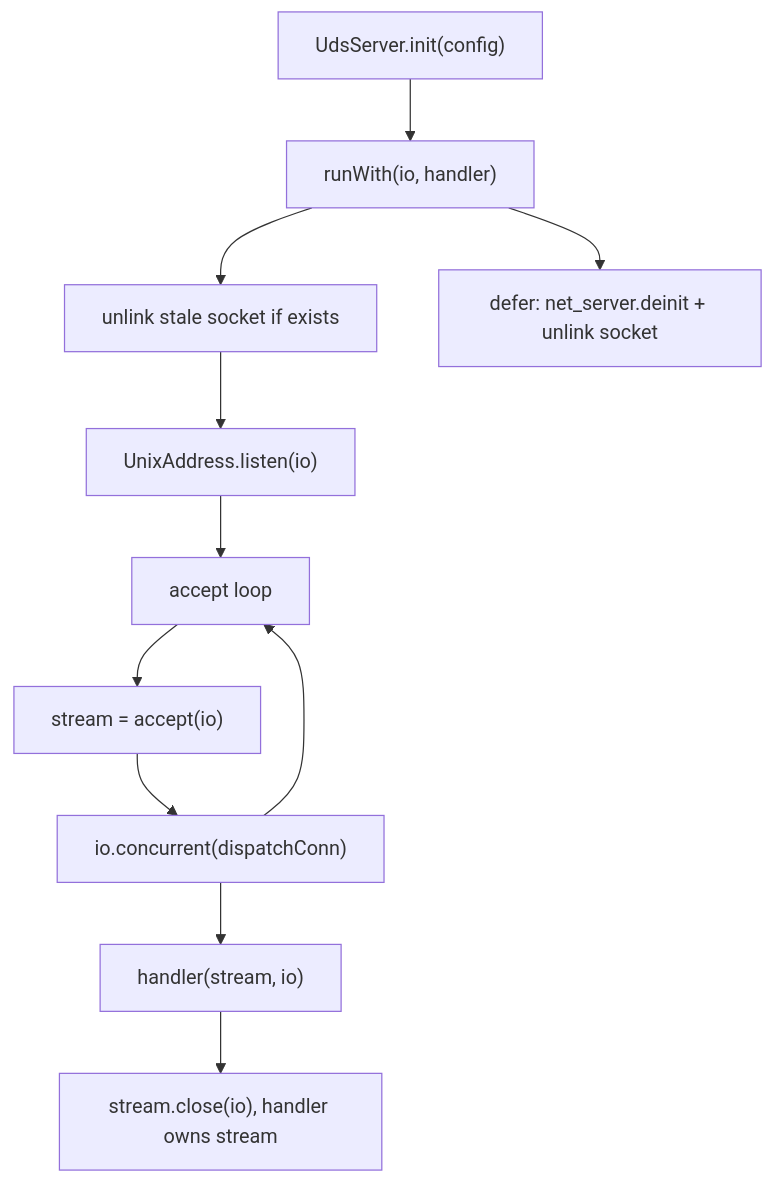
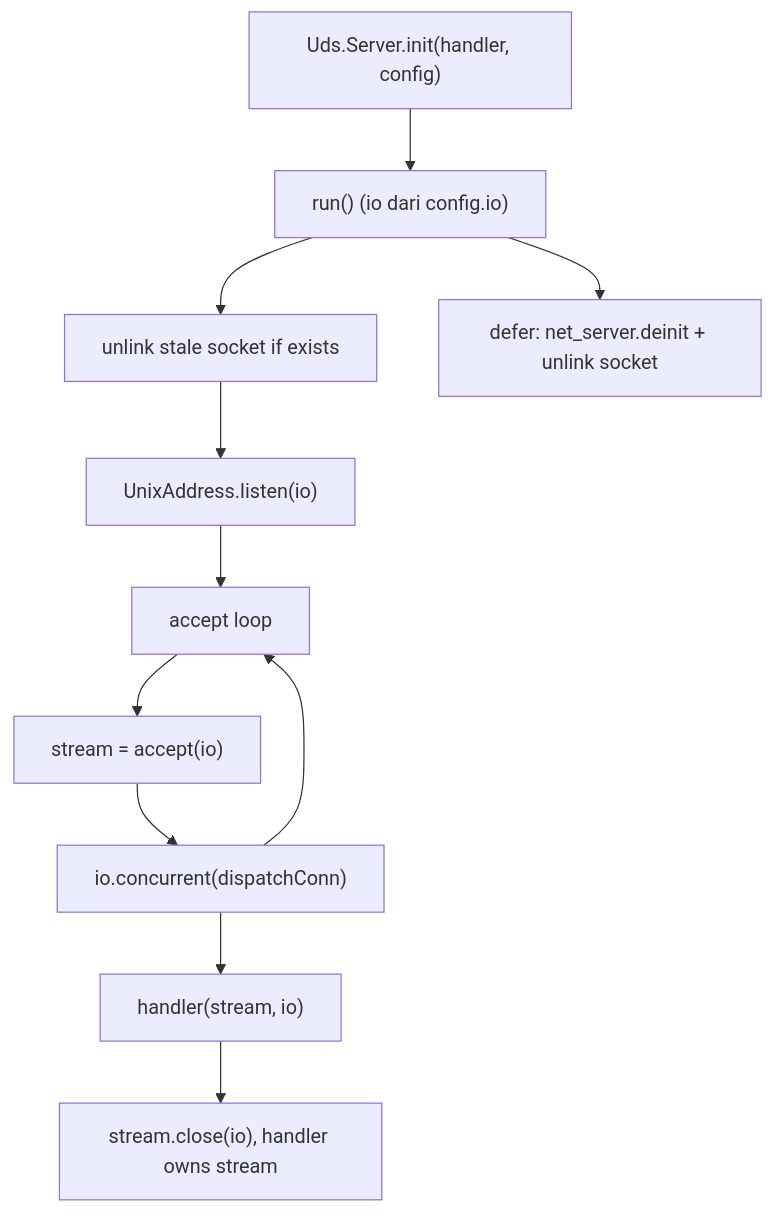
One commit to prothegee/zix changed the first of 2 diagrams in docs/hld-uds-id.md. Above: the diagram before and after it, drawn with Mermaid. The commit also changed other lines of this file and 21 other files, not shown here.

````diff
--- a/docs/hld-uds-id.md
+++ b/docs/hld-uds-id.md
@@ -68,13 +68,13 @@
 ```mermaid
 flowchart TD
-    A["UdsServer.init(config)"] --> B["runWith(io, handler)"]
+    A["Uds.Server.init(handler, config)"] --> B["run() (io dari config.io)"]
     B --> C["unlink stale socket if exists"]
     C --> D["UnixAddress.listen(io)"]
     D --> E["accept loop"]
     E --> F["stream = accept(io)"]
     F --> G["io.concurrent(dispatchConn)"]
     G --> E
     G --> H["handler(stream, io)"]
     H --> I["stream.close(io), handler owns stream"]
     B --> Z["defer: net_server.deinit + unlink socket"]
 ```
````
